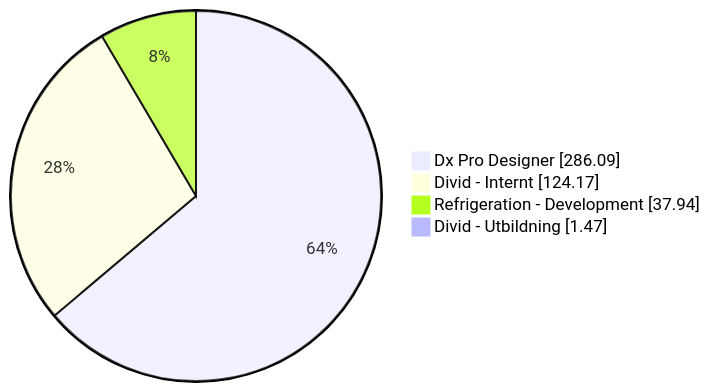
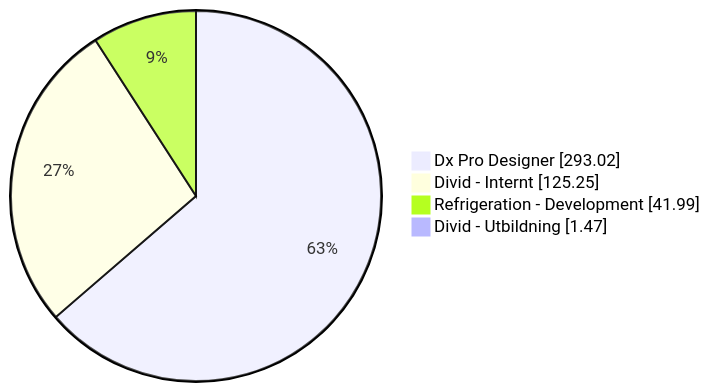
One commit to albinforsberg-netizen/timeclock changed the first of 5 diagrams in README.org. Above: the diagram before and after it, drawn with Mermaid. The commit also changed other lines of this file, not shown here.

```diff
--- a/README.org
+++ b/README.org
@@ -32,7 +32,7 @@
 #+begin_src mermaid
 pie showData
-    "Dx Pro Designer" : 286.09
-    "Divid - Internt" : 124.17
-    "Refrigeration - Development" : 37.94
+    "Dx Pro Designer" : 293.02
+    "Divid - Internt" : 125.25
+    "Refrigeration - Development" : 41.99
     "Divid - Utbildning" : 1.47
 #+end_src
```
